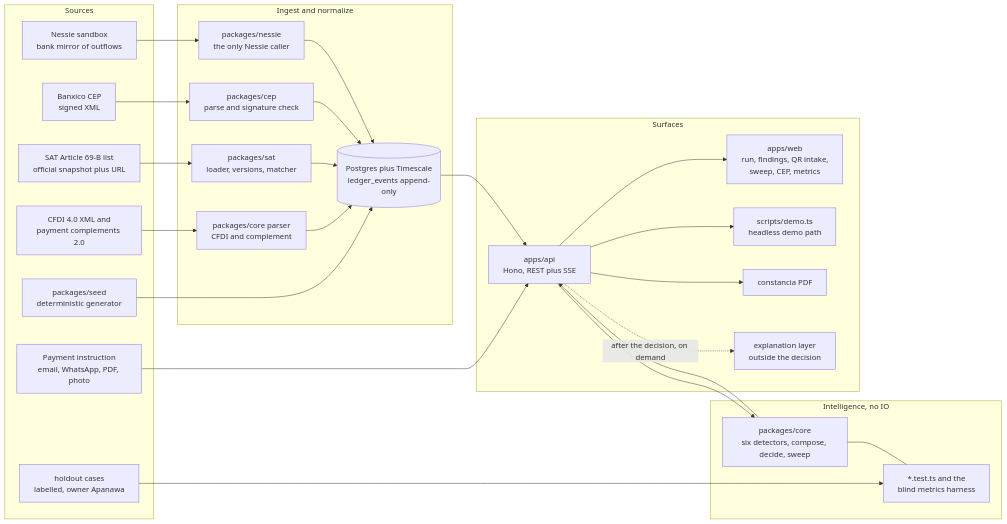
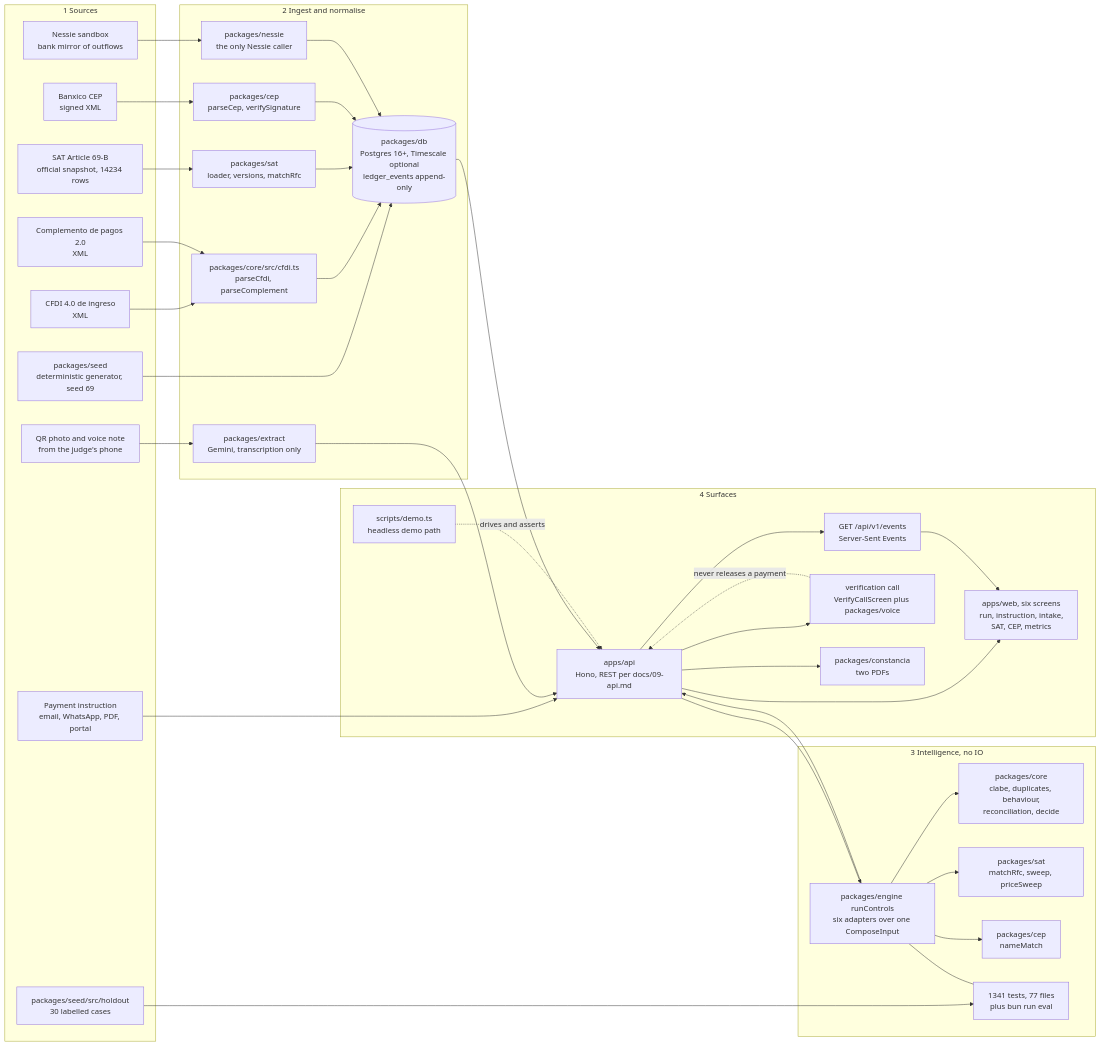
The first of 3 diagrams in docs/07-architecture.md (garzario/CapitalOneHackMTY), drawn with Mermaid before and after one commit. The commit also changed other lines of this file and 2 other files, not shown here.

First line of the commit message:
docs(architecture): finish 07 and 08 against the merged tree (#64) (#155)

````diff
--- a/docs/07-architecture.md
+++ b/docs/07-architecture.md
@@ -20,49 +21,69 @@
 ```mermaid
 flowchart LR
-  subgraph S[Sources]
-    X[CFDI 4.0 XML and<br/>payment complements 2.0]
-    P[Payment instruction<br/>email, WhatsApp, PDF, photo]
-    L[SAT Article 69-B list<br/>official snapshot plus URL]
-    C[Banxico CEP<br/>signed XML]
-    N[Nessie sandbox<br/>bank mirror of outflows]
-    G[packages/seed<br/>deterministic generator]
-    H[holdout cases<br/>labelled, owner Apanawa]
+  subgraph S[1 Sources]
+    X["CFDI 4.0 de ingreso<br/>XML"]
+    Y["Complemento de pagos 2.0<br/>XML"]
+    P["Payment instruction<br/>email, WhatsApp, PDF, portal"]
+    Q["QR photo and voice note<br/>from the judge's phone"]
+    L["SAT Article 69-B<br/>official snapshot, 14234 rows"]
+    C["Banxico CEP<br/>signed XML"]
+    N["Nessie sandbox<br/>bank mirror of outflows"]
+    G["packages/seed<br/>deterministic generator, seed 69"]
+    H["packages/seed/src/holdout<br/>30 labelled cases"]
   end
-  subgraph I[Ingest and normalize]
-    PA[packages/core parser<br/>CFDI and complement]
-    SA[packages/sat<br/>loader, versions, matcher]
-    CE[packages/cep<br/>parse and signature check]
-    NE[packages/nessie<br/>the only Nessie caller]
-    DB[(Postgres plus Timescale<br/>ledger_events append-only)]
+
+  subgraph I[2 Ingest and normalise]
+    PA["packages/core/src/cfdi.ts<br/>parseCfdi, parseComplement"]
+    EX["packages/extract<br/>Gemini, transcription only"]
+    SA["packages/sat<br/>loader, versions, matchRfc"]
+    CE["packages/cep<br/>parseCep, verifySignature"]
+    NE["packages/nessie<br/>the only Nessie caller"]
+    DB[("packages/db<br/>Postgres 16+, Timescale optional<br/>ledger_events append-only")]
   end
-  subgraph E[Intelligence, no IO]
-    K[packages/core<br/>six detectors, compose, decide, sweep]
-    T[*.test.ts and the<br/>blind metrics harness]
+
+  subgraph E[3 Intelligence, no IO]
+    K["packages/engine runControls<br/>six adapters over one ComposeInput"]
+    KC["packages/core<br/>clabe, duplicates, behaviour,<br/>reconciliation, decide"]
+    KS["packages/sat<br/>matchRfc, sweep, priceSweep"]
+    KP["packages/cep<br/>nameMatch"]
+    T["1341 tests, 77 files<br/>plus bun run eval"]
   end
-  subgraph U[Surfaces]
-    A[apps/api<br/>Hono, REST plus SSE]
-    W[apps/web<br/>run, findings, QR intake,<br/>sweep, CEP, metrics]
-    D[scripts/demo.ts<br/>headless demo path]
-    R[constancia PDF]
-    M[explanation layer<br/>outside the decision]
+
+  subgraph U[4 Surfaces]
+    A["apps/api<br/>Hono, REST per docs/09-api.md"]
+    SSE["GET /api/v1/events<br/>Server-Sent Events"]
+    W["apps/web, six screens<br/>run, instruction, intake,<br/>SAT, CEP, metrics"]
+    V["verification call<br/>VerifyCallScreen plus packages/voice"]
+    R["packages/constancia<br/>two PDFs"]
+    D["scripts/demo.ts<br/>headless demo path"]
   end
+
   X --> PA
+  Y --> PA
   P --> A
+  Q --> EX
   L --> SA
   C --> CE
   N --> NE
   G --> DB
   H --> T
   PA --> DB
+  EX --> A
   SA --> DB
   CE --> DB
   NE --> DB
   DB --> A
   A --> K
+  K --> KC
+  K --> KS
+  K --> KP
   K --> A
   K --- T
+  A --> SSE
   A --> W
-  A --> D
+  SSE --> W
+  A --> V
   A --> R
-  A -. after the decision, on demand .-> M
+  D -. drives and asserts .-> A
+  V -. never releases a payment .-> A
 ```
````
